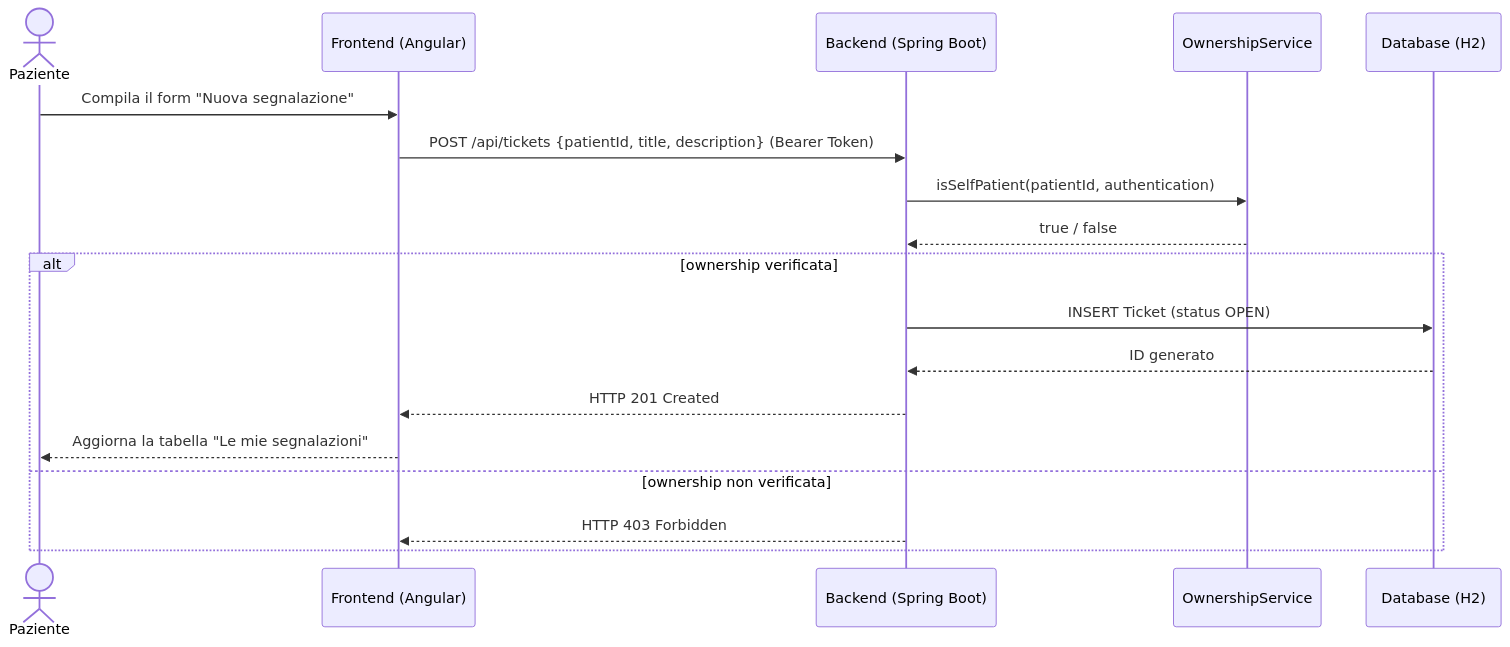
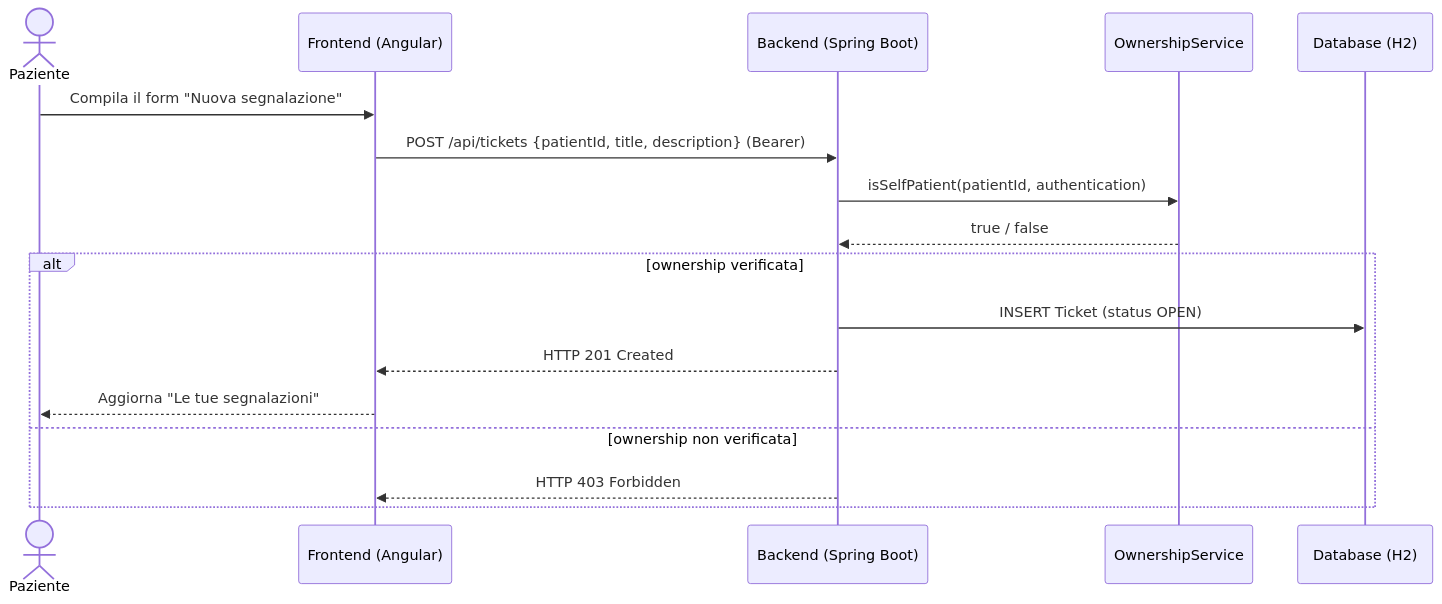
One commit to acapodanno/project-work-l-31 changed the ninth of 11 diagrams in doc/2-Design_Architetturale.md. Above: the diagram before and after it, drawn with Mermaid. The commit also changed other lines of this file and 32 other files, not shown here.

````diff
--- a/doc/2-Design_Architetturale.md
+++ b/doc/2-Design_Architetturale.md
@@ -129,21 +337,20 @@
 ```mermaid
 sequenceDiagram
     actor P as Paziente
     participant F as Frontend (Angular)
     participant B as Backend (Spring Boot)
     participant O as OwnershipService
     participant DB as Database (H2)
 
     P->>F: Compila il form "Nuova segnalazione"
-    F->>B: POST /api/tickets {patientId, title, description} (Bearer Token)
+    F->>B: POST /api/tickets {patientId, title, description} (Bearer)
     B->>O: isSelfPatient(patientId, authentication)
     O-->>B: true / false
     alt ownership verificata
         B->>DB: INSERT Ticket (status OPEN)
-        DB-->>B: ID generato
         B-->>F: HTTP 201 Created
-        F-->>P: Aggiorna la tabella "Le mie segnalazioni"
+        F-->>P: Aggiorna "Le tue segnalazioni"
     else ownership non verificata
         B-->>F: HTTP 403 Forbidden
     end
 ```
````
